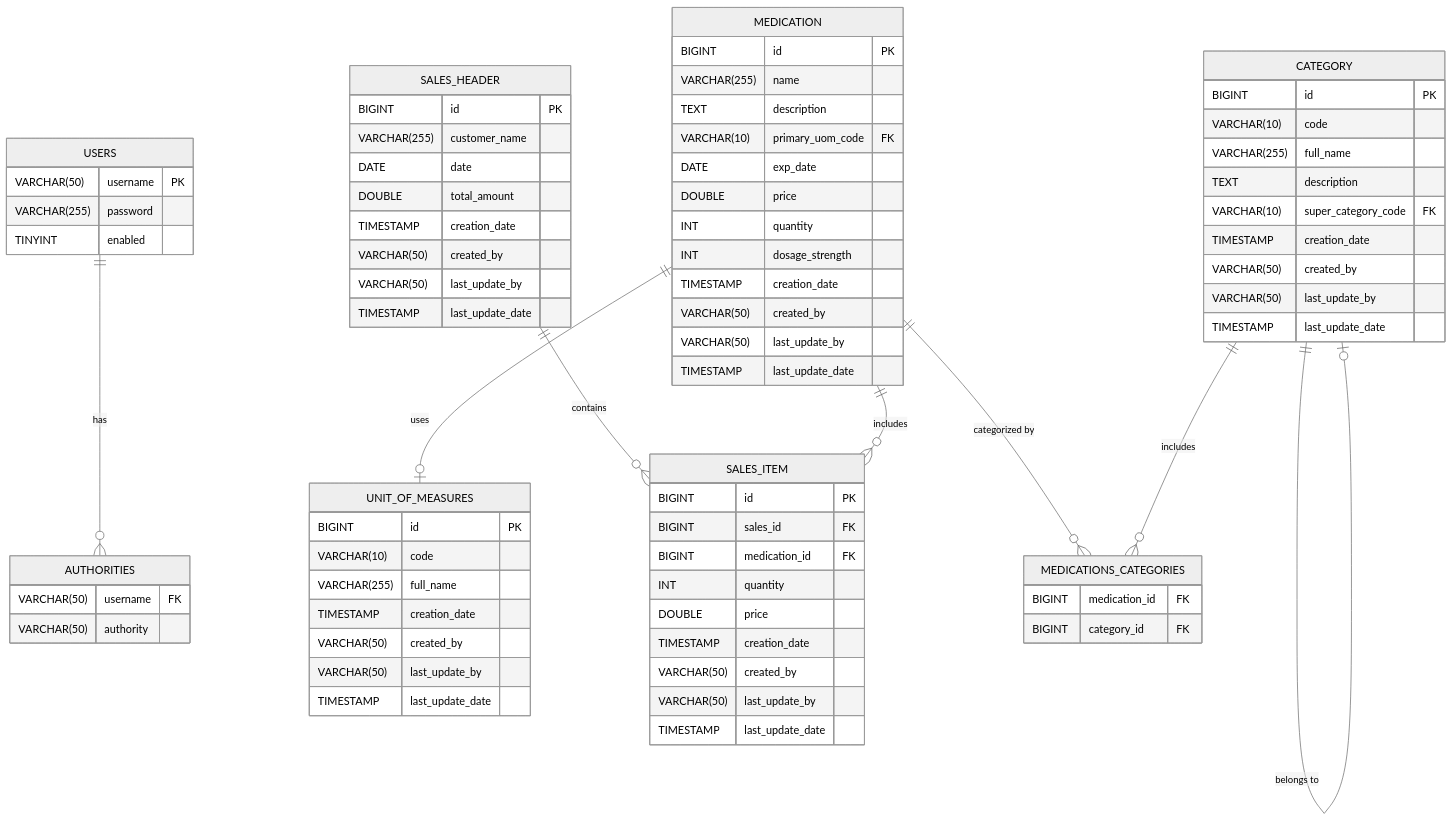
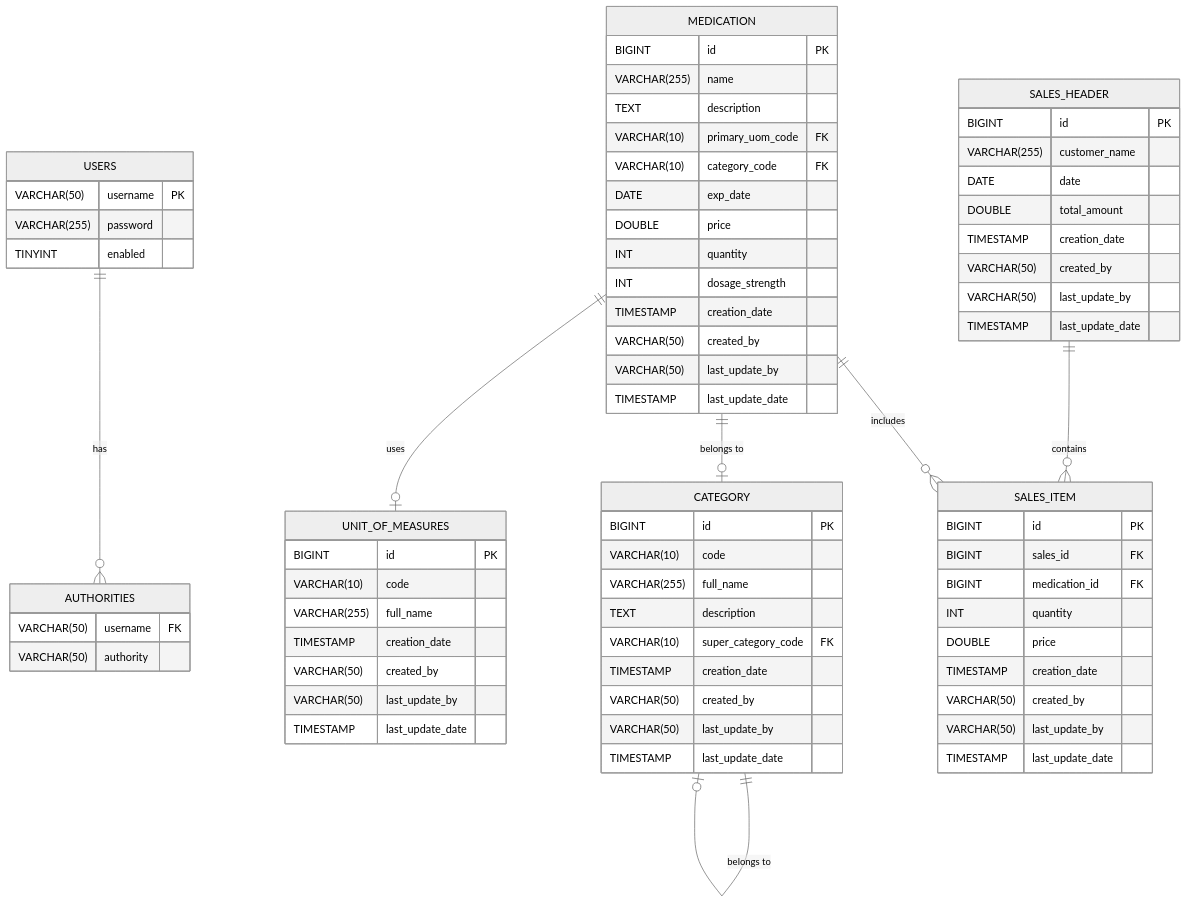
One commit to abdulhamidmazroua/Pharmacy-Information-System changed the diagram in diagrams/erd_diagram.mermaid. Above: the diagram before and after it, drawn with Mermaid (neutral theme). The commit also changed 4 other files, not shown here.

Commit message:
Modified category-medication relation to be one-to-many

```diff
--- a/diagrams/erd_diagram.mermaid
+++ b/diagrams/erd_diagram.mermaid
@@ -1,84 +1,79 @@
 erDiagram
     USERS {
         VARCHAR(50) username PK
         VARCHAR(255) password
         TINYINT enabled
     }
 
 AUTHORITIES {
 VARCHAR(50) username FK
 VARCHAR(50) authority
 }
 
 UNIT_OF_MEASURES {
 BIGINT id PK
 VARCHAR(10) code
 VARCHAR(255) full_name
 TIMESTAMP creation_date
 VARCHAR(50) created_by
 VARCHAR(50) last_update_by
 TIMESTAMP last_update_date
 }
 
 CATEGORY {
 BIGINT id PK
 VARCHAR(10) code
 VARCHAR(255) full_name
 TEXT description
 VARCHAR(10) super_category_code FK
 TIMESTAMP creation_date
 VARCHAR(50) created_by
 VARCHAR(50) last_update_by
 TIMESTAMP last_update_date
 }
 
 MEDICATION {
 BIGINT id PK
 VARCHAR(255) name
 TEXT description
 VARCHAR(10) primary_uom_code FK
+VARCHAR(10) category_code FK
 DATE exp_date
 DOUBLE price
 INT quantity
 INT dosage_strength
 TIMESTAMP creation_date
 VARCHAR(50) created_by
 VARCHAR(50) last_update_by
 TIMESTAMP last_update_date
 }
 
 SALES_HEADER {
 BIGINT id PK
 VARCHAR(255) customer_name
 DATE date
 DOUBLE total_amount
 TIMESTAMP creation_date
 VARCHAR(50) created_by
 VARCHAR(50) last_update_by
 TIMESTAMP last_update_date
 }
 
 SALES_ITEM {
 BIGINT id PK
 BIGINT sales_id FK
 BIGINT medication_id FK
 INT quantity
 DOUBLE price
 TIMESTAMP creation_date
 VARCHAR(50) created_by
 VARCHAR(50) last_update_by
 TIMESTAMP last_update_date
     }
 
-MEDICATIONS_CATEGORIES {
-BIGINT medication_id FK
-BIGINT category_id FK
-}
-
 USERS ||--o{ AUTHORITIES : "has"
 SALES_HEADER ||--o{ SALES_ITEM : "contains"
 MEDICATION ||--o{ SALES_ITEM : "includes"
 MEDICATION ||--o| UNIT_OF_MEASURES : "uses"
 CATEGORY ||--o| CATEGORY : "belongs to"
-MEDICATION ||--o{ MEDICATIONS_CATEGORIES : "categorized by"
-CATEGORY ||--o{ MEDICATIONS_CATEGORIES : "includes"
+MEDICATION || --o| CATEGORY : "belongs to"
```
